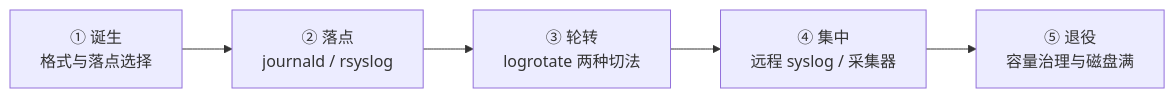
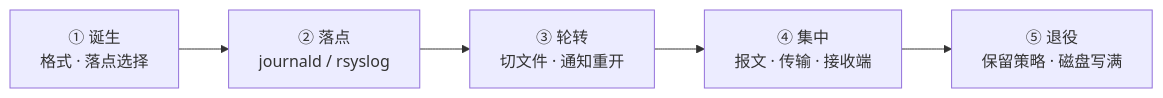
Before and after one commit to realtyz/ops-manual: the first of 2 diagrams in Linux/09_日志与监控/00_导读与知识地图.md, drawn with Mermaid. The commit also changed other lines of this file and 110 other files, not shown here.

````diff
--- a/Linux/09_日志与监控/00_导读与知识地图.md
+++ b/Linux/09_日志与监控/00_导读与知识地图.md
@@ -68,4 +20,7 @@
 ```mermaid
 flowchart LR
-  A["① 诞生<br/>格式与落点选择"] --> B["② 落点<br/>journald / rsyslog"] --> C["③ 轮转<br/>logrotate 两种切法"] --> D["④ 集中<br/>远程 syslog / 采集器"] --> E["⑤ 退役<br/>容量治理与磁盘满"]
+  A["① 诞生<br/>格式 · 落点选择"] --> B["② 落点<br/>journald / rsyslog"]
+  B --> C["③ 轮转<br/>切文件 · 通知重开"]
+  C --> D["④ 集中<br/>报文 · 传输 · 接收端"]
+  D --> E["⑤ 退役<br/>保留策略 · 磁盘写满"]
 ```
````
